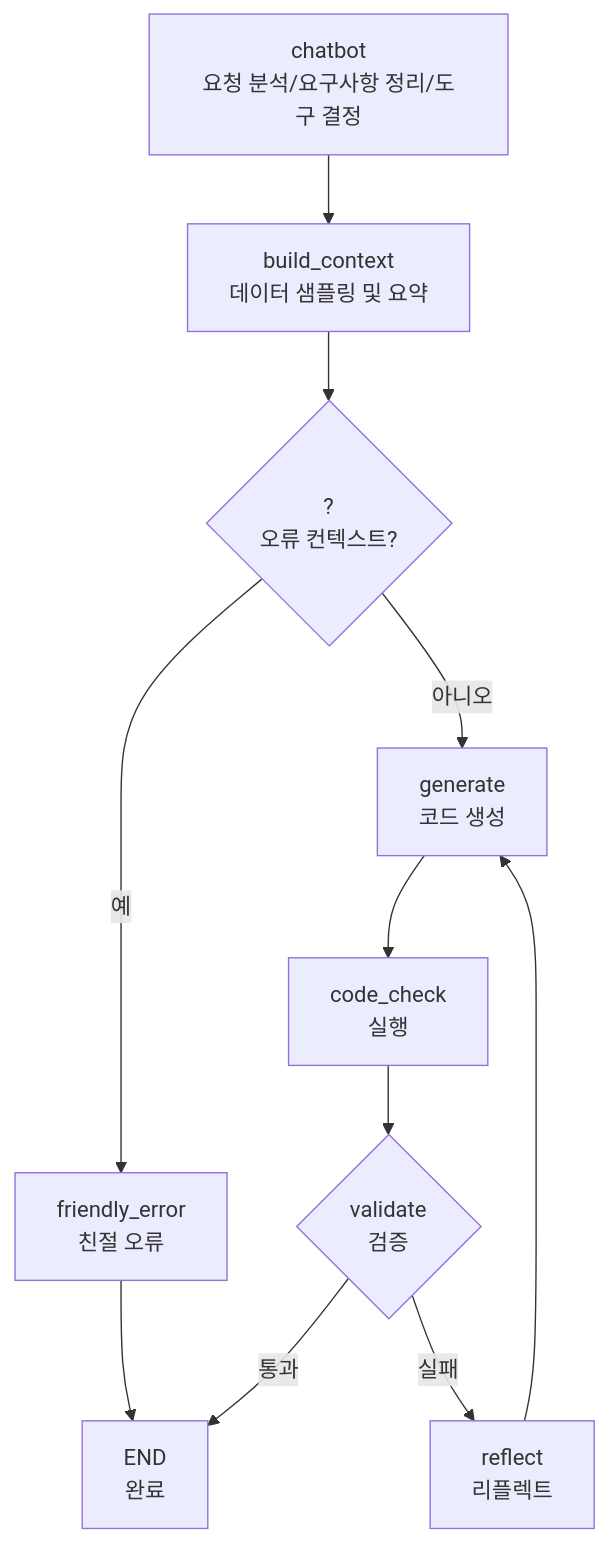
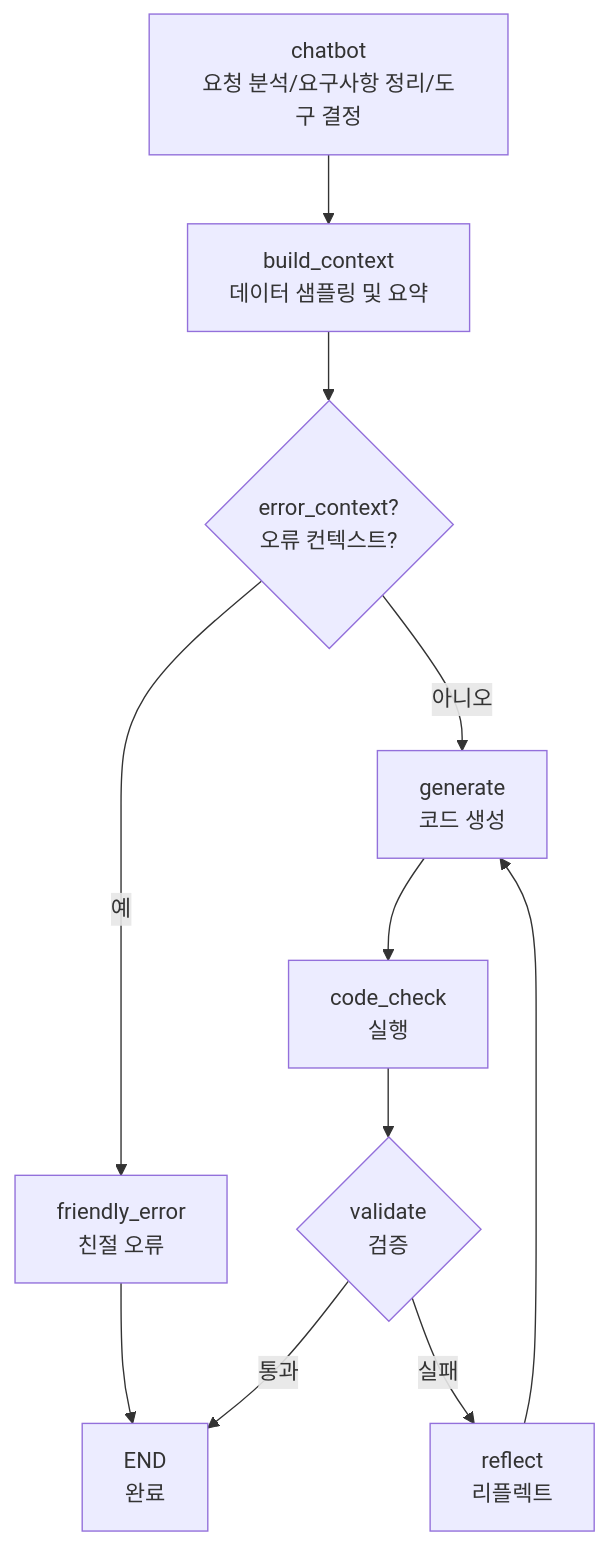
The second of 3 diagrams in README.md (sonsukwoo/Data_preprocessing_auto), drawn with Mermaid before and after one commit. The commit also changed other lines of this file, not shown here.

````diff
--- a/README.md
+++ b/README.md
@@ -117,11 +117,11 @@
 ```mermaid
 flowchart TD
   B[chatbot<br/>요청 분석/요구사항 정리/도구 결정] --> C[build_context<br/>데이터 샘플링 및 요약]
-  C --> D{?<br/>오류 컨텍스트?}
+  C --> D{error_context?<br/>오류 컨텍스트?}
   D -->|예| X[friendly_error<br/>친절 오류] --> H[END<br/>완료]
   D -->|아니오| E[generate<br/>코드 생성]
   E --> F[code_check<br/>실행]
   F --> G{validate<br/>검증}
   G -->|통과| H
   G -->|실패| R[reflect<br/>리플렉트] --> E
 ```
````
